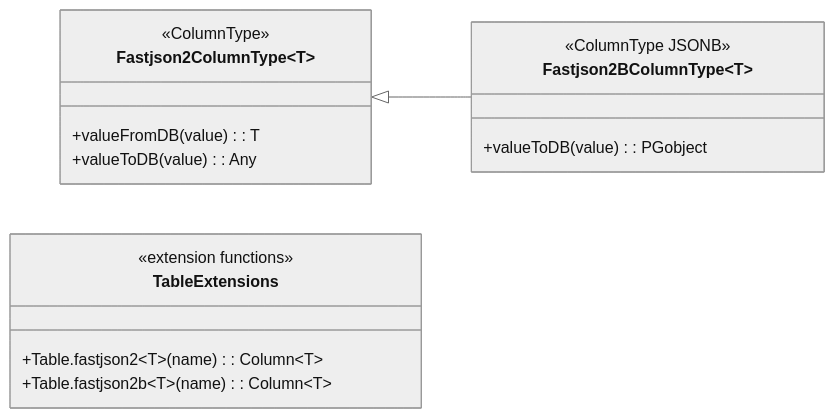
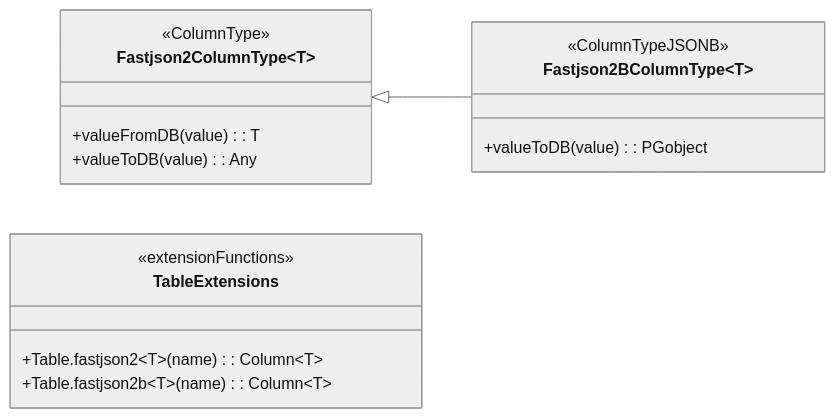
The first of 3 diagrams in data/exposed-fastjson2/README.md (bluetape4k/bluetape4k-projects), drawn with Mermaid (neutral theme) before and after one commit. The commit also changed other lines of this file and 95 other files, not shown here.

First line of the commit message:
docs: Mermaid 파서 오류 전체 수정 (IntelliJ IDEA 호환)

````diff
--- a/data/exposed-fastjson2/README.md
+++ b/data/exposed-fastjson2/README.md
@@ -123,25 +123,20 @@
 ```mermaid
 classDiagram
     direction LR
     class Fastjson2ColumnType~T~ {
         <<ColumnType>>
         +valueFromDB(value): T
         +valueToDB(value): Any
     }
     class Fastjson2BColumnType~T~ {
-        <<ColumnType JSONB>>
+        <<ColumnTypeJSONB>>
         +valueToDB(value): PGobject
     }
     class TableExtensions {
-        <<extension functions>>
+        <<extensionFunctions>>
         +Table.fastjson2~T~(name): Column~T~
         +Table.fastjson2b~T~(name): Column~T~
     }
     Fastjson2ColumnType <|-- Fastjson2BColumnType
 
-    classDef tableStyle fill:#9C27B0
-    classDef serviceStyle fill:#4CAF50
-    class Fastjson2ColumnType:::tableStyle
-    class Fastjson2BColumnType:::tableStyle
-    class TableExtensions:::serviceStyle
 ```
````
